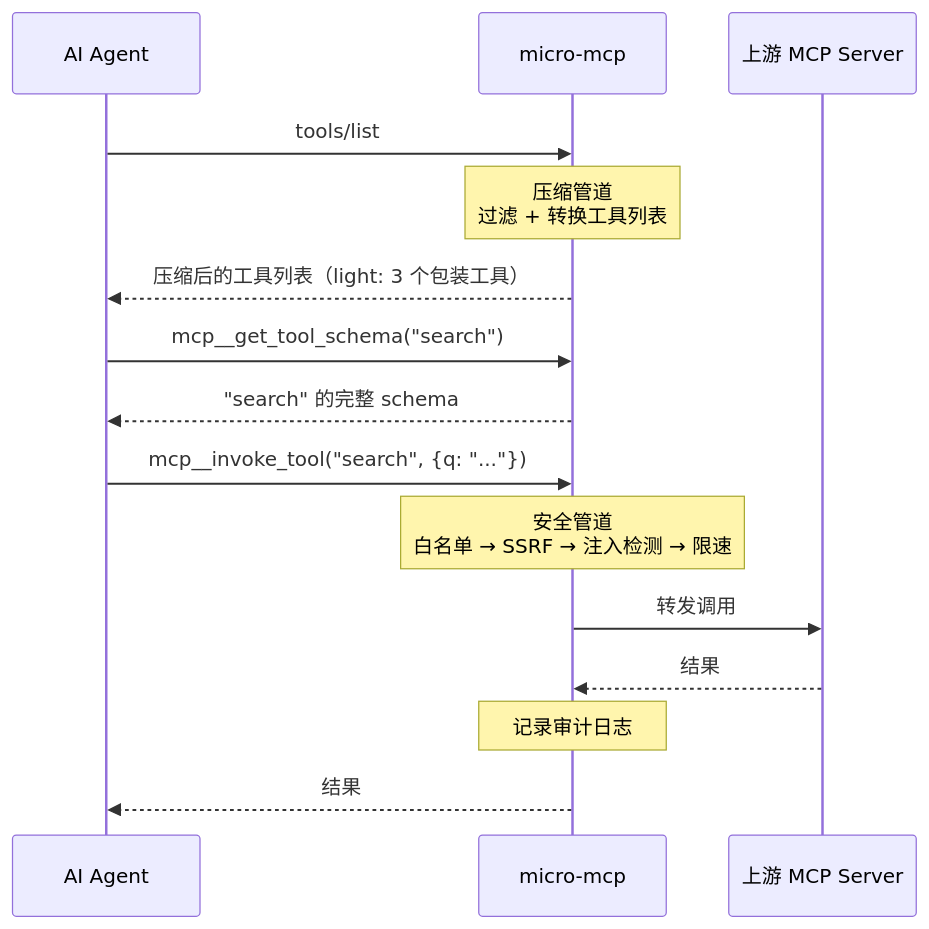
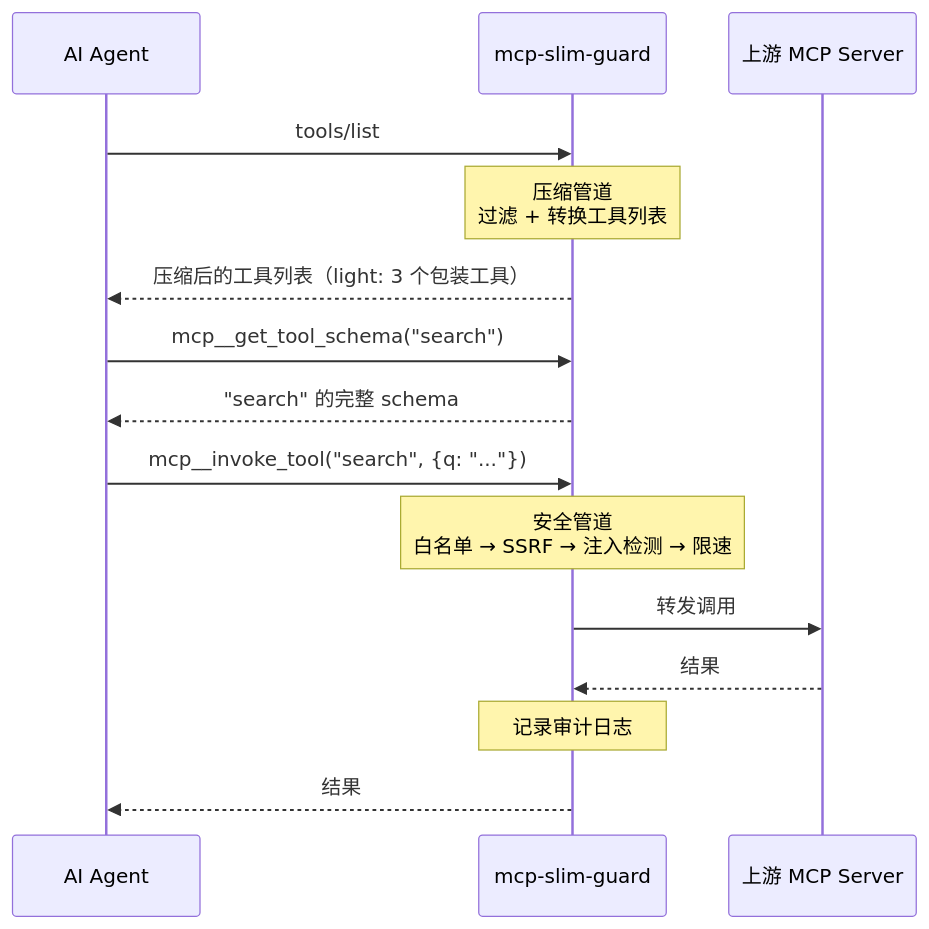
One commit to lennney/mcp-slim-guard changed the second of 2 diagrams in README_CN.md. Above: the diagram before and after it, drawn with Mermaid. The commit also changed other lines of this file and 23 other files, not shown here.

First line of the commit message:
chore: finalize rename to mcp-slim-guard + pre-release polish

````diff
--- a/README_CN.md
+++ b/README_CN.md
@@ -194,20 +194,20 @@
 ```mermaid
 sequenceDiagram
     participant LLM as AI Agent
-    participant MM as micro-mcp
+    participant MM as mcp-slim-guard
     participant US as 上游 MCP Server
 
     LLM->>MM: tools/list
     Note over MM: 压缩管道<br/>过滤 + 转换工具列表
     MM-->>LLM: 压缩后的工具列表（light: 3 个包装工具）
 
     LLM->>MM: mcp__get_tool_schema("search")
     MM-->>LLM: "search" 的完整 schema
 
     LLM->>MM: mcp__invoke_tool("search", {q: "..."})
     Note over MM: 安全管道<br/>白名单 → SSRF → 注入检测 → 限速
     MM->>US: 转发调用
     US-->>MM: 结果
     Note over MM: 记录审计日志
     MM-->>LLM: 结果
 ```
````
